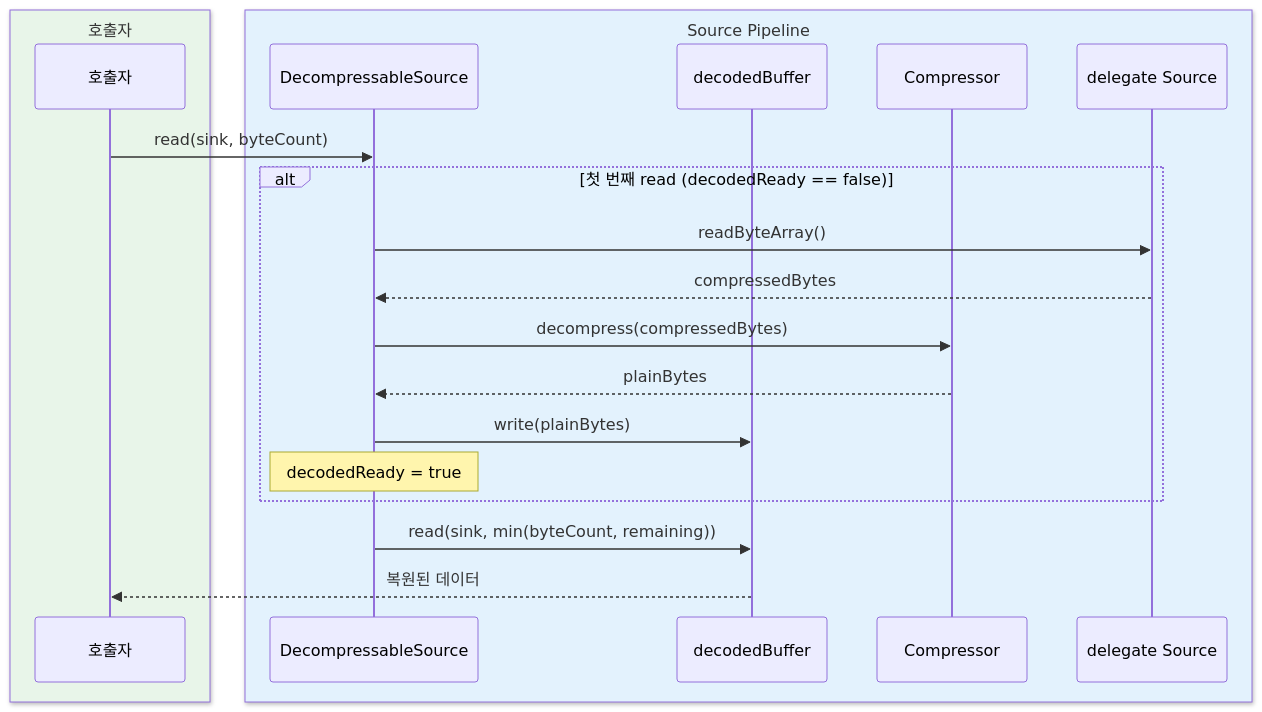
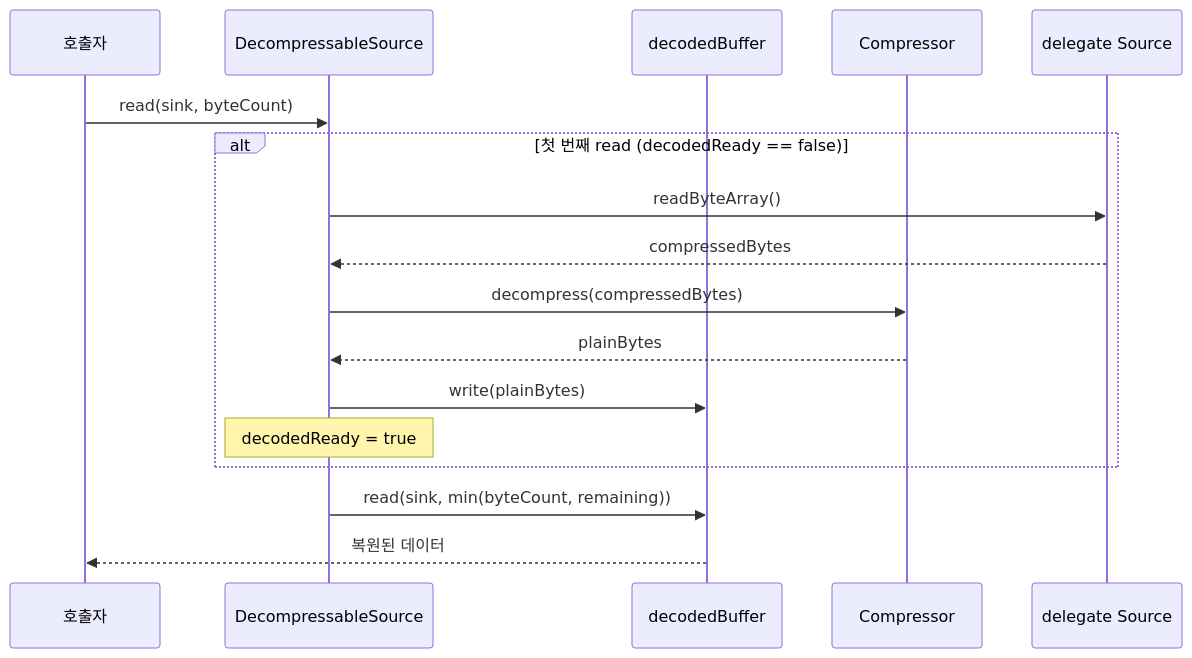
Before and after one commit to bluetape4k/bluetape4k-projects: the seventh of 9 diagrams in io/okio/README.ko.md, drawn with Mermaid. The commit also changed other lines of this file and 219 other files, not shown here.

First line of the commit message:
docs: 전체 README Mermaid 다이어그램 가이드 적용

````diff
--- a/io/okio/README.ko.md
+++ b/io/okio/README.ko.md
@@ -643,24 +635,20 @@
 ```mermaid
 sequenceDiagram
-    box rgb(232, 245, 233) 호출자
         participant C as 호출자
-    end
-    box rgb(227, 242, 253) Source Pipeline
         participant DS as DecompressableSource
         participant DB as decodedBuffer
         participant Comp as Compressor
         participant D as delegate Source
-    end
 
     C->>DS: read(sink, byteCount)
     alt 첫 번째 read (decodedReady == false)
         DS->>D: readByteArray()
         D-->>DS: compressedBytes
         DS->>Comp: decompress(compressedBytes)
         Comp-->>DS: plainBytes
         DS->>DB: write(plainBytes)
         Note over DS: decodedReady = true
     end
     DS->>DB: read(sink, min(byteCount, remaining))
     DB-->>C: 복원된 데이터
 ```
````
